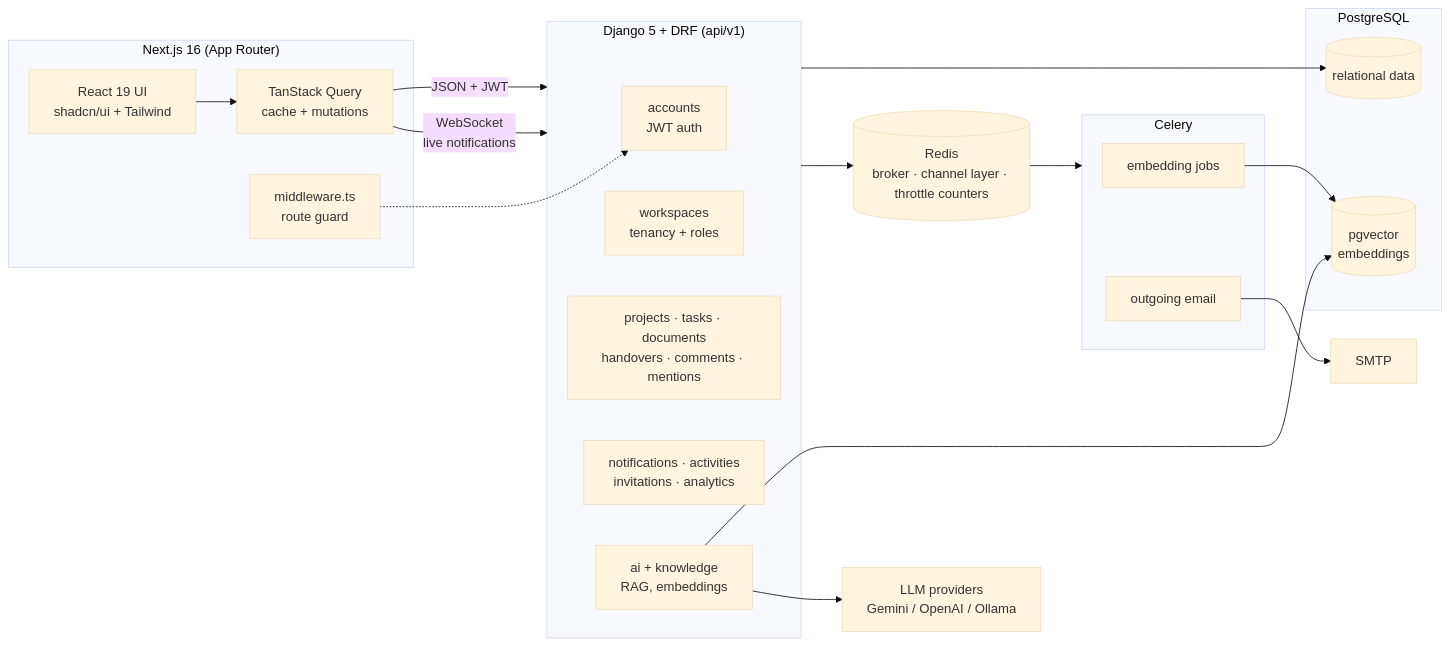
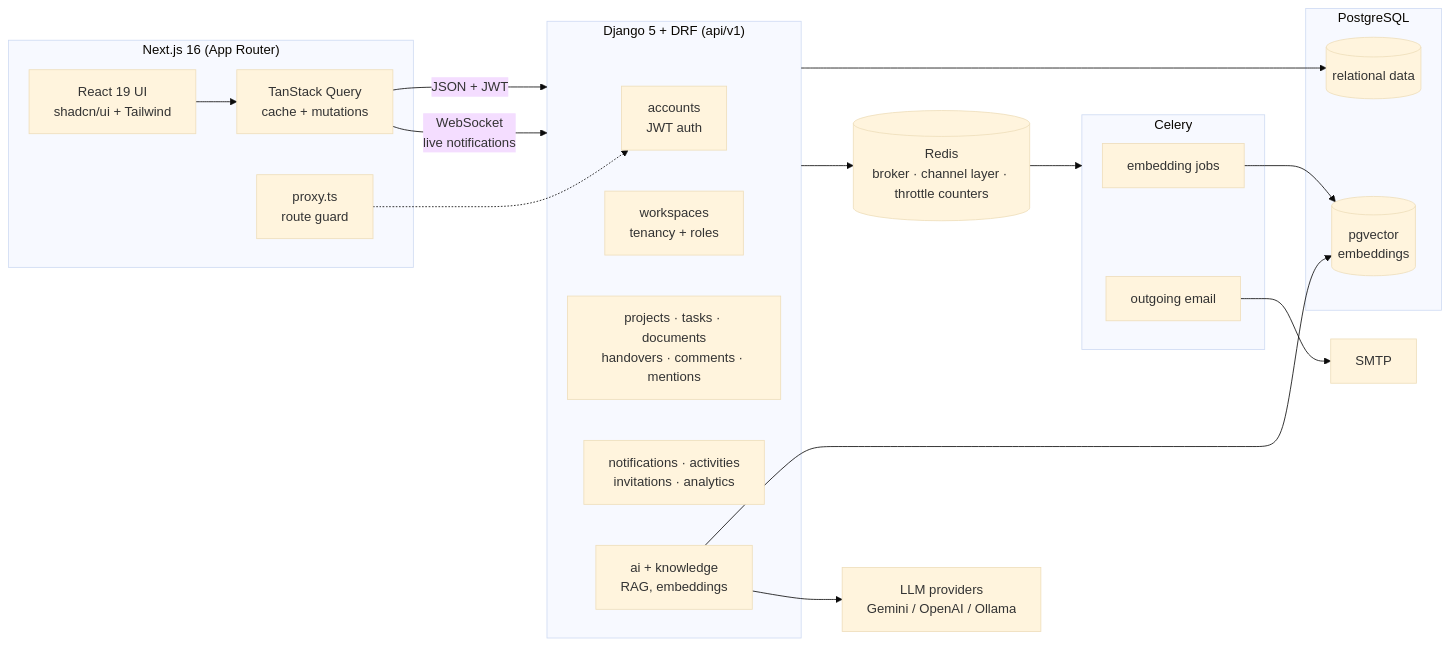
One commit to Dhruwvaviya999/nexora changed the diagram in README.md. Above: the diagram before and after it, drawn with Mermaid (base theme). The commit also changed other lines of this file and 66 other files, not shown here.

````diff
--- a/README.md
+++ b/README.md
@@ -45,42 +45,42 @@
 ```mermaid
 flowchart LR
     subgraph Client["Next.js 16 (App Router)"]
         UI["React 19 UI<br/>shadcn/ui + Tailwind"]
         RQ["TanStack Query<br/>cache + mutations"]
-        MW["middleware.ts<br/>route guard"]
+        MW["proxy.ts<br/>route guard"]
         UI --> RQ
     end
 
     subgraph API["Django 5 + DRF (api/v1)"]
         AUTH["accounts<br/>JWT auth"]
         WS["workspaces<br/>tenancy + roles"]
         DOMAIN["projects · tasks · documents<br/>handovers · comments · mentions"]
         PLAT["notifications · activities<br/>invitations · analytics"]
         AI["ai + knowledge<br/>RAG, embeddings"]
     end
 
     subgraph Workers["Celery"]
         EMB["embedding jobs"]
         MAIL["outgoing email"]
     end
 
     subgraph Data["PostgreSQL"]
         PG[("relational data")]
         VEC[("pgvector<br/>embeddings")]
     end
 
     REDIS[("Redis<br/>broker · channel layer · throttle counters")]
     LLM["LLM providers<br/>Gemini / OpenAI / Ollama"]
     SMTP["SMTP"]
 
     RQ -- "JSON + JWT" --> API
     RQ -- "WebSocket<br/>live notifications" --> API
     MW -.-> AUTH
     API --> PG
     API --> REDIS
     REDIS --> Workers
     EMB --> VEC
     MAIL --> SMTP
     AI --> VEC
     AI --> LLM
 ```
````
